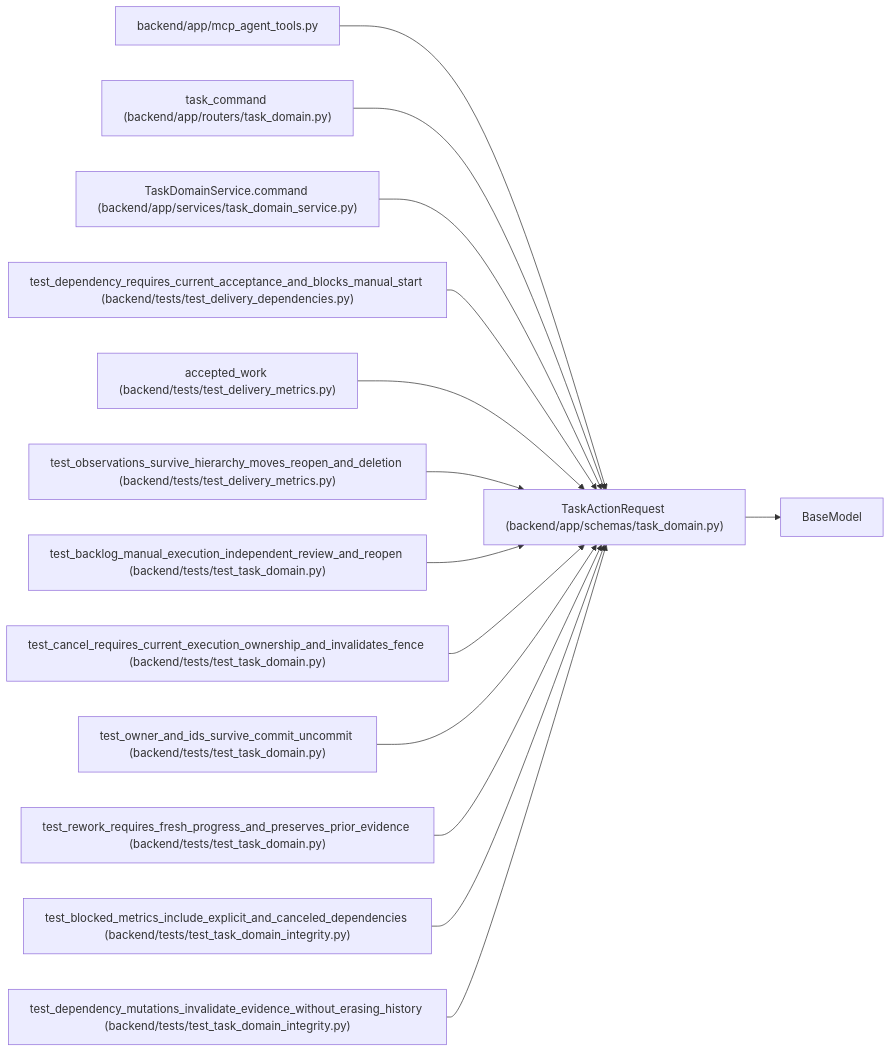
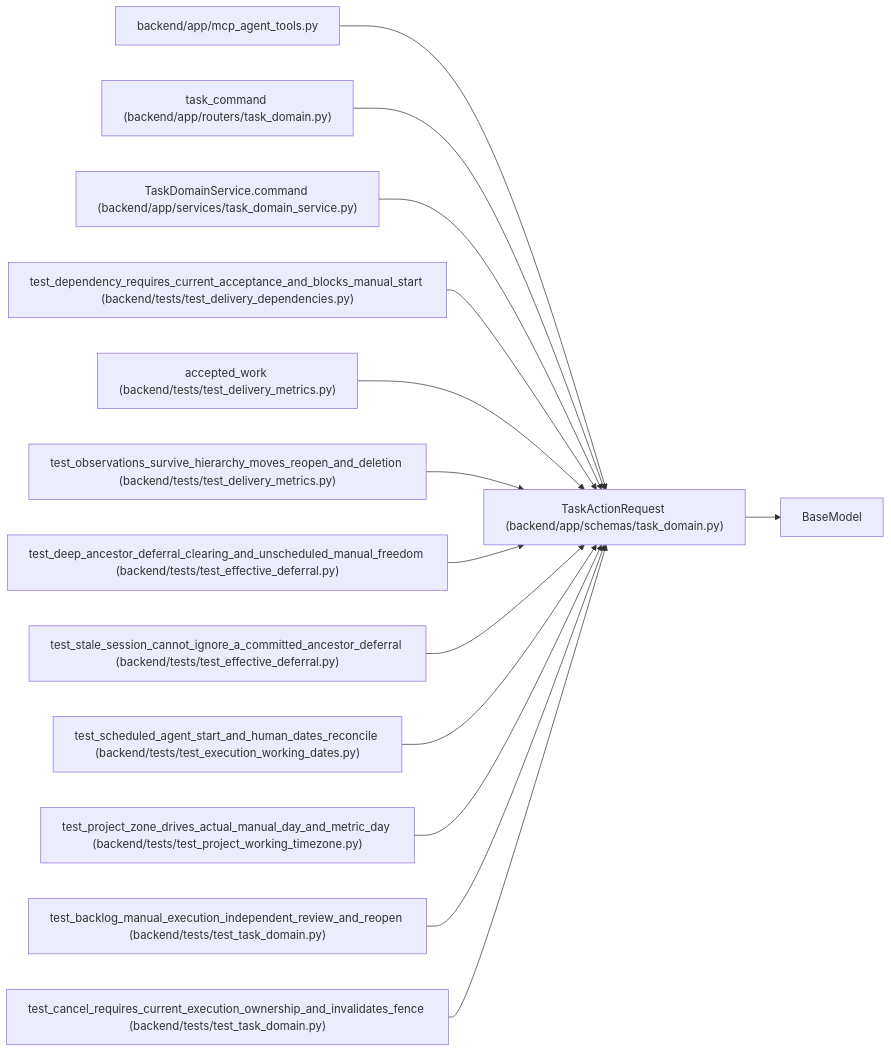
The diagram in docs/llm_wiki/entities/TaskActionRequest.md (Denissvgn/WorkChord), drawn with Mermaid before and after one commit. The commit also changed other lines of this file and 10148 other files, not shown here.

````diff
--- a/docs/llm_wiki/entities/TaskActionRequest.md
+++ b/docs/llm_wiki/entities/TaskActionRequest.md
@@ -46,43 +46,43 @@
 ```mermaid
 flowchart LR
     n0["TaskActionRequest (backend/app/schemas/task_domain.py)"]
     n1["BaseModel"]
     n2["backend/app/mcp_agent_tools.py"]
     n3["task_command (backend/app/routers/task_domain.py)"]
     n4["TaskDomainService.command (backend/app/services/task_domain_service.py)"]
     n5["test_dependency_requires_current_acceptance_and_blocks_manual_start (backend/tests/test_delivery_dependencies.py)"]
     n6["accepted_work (backend/tests/test_delivery_metrics.py)"]
     n7["test_observations_survive_hierarchy_moves_reopen_and_deletion (backend/tests/test_delivery_metrics.py)"]
-    n8["test_backlog_manual_execution_independent_review_and_reopen (backend/tests/test_task_domain.py)"]
-    n9["test_cancel_requires_current_execution_ownership_and_invalidates_fence (backend/tests/test_task_domain.py)"]
-    n10["test_owner_and_ids_survive_commit_uncommit (backend/tests/test_task_domain.py)"]
-    n11["test_rework_requires_fresh_progress_and_preserves_prior_evidence (backend/tests/test_task_domain.py)"]
-    n12["test_blocked_metrics_include_explicit_and_canceled_dependencies (backend/tests/test_task_domain_integrity.py)"]
-    n13["test_dependency_mutations_invalidate_evidence_without_erasing_history (backend/tests/test_task_domain_integrity.py)"]
+    n8["test_deep_ancestor_deferral_clearing_and_unscheduled_manual_freedom (backend/tests/test_effective_deferral.py)"]
+    n9["test_stale_session_cannot_ignore_a_committed_ancestor_deferral (backend/tests/test_effective_deferral.py)"]
+    n10["test_scheduled_agent_start_and_human_dates_reconcile (backend/tests/test_execution_working_dates.py)"]
+    n11["test_project_zone_drives_actual_manual_day_and_metric_day (backend/tests/test_project_working_timezone.py)"]
+    n12["test_backlog_manual_execution_independent_review_and_reopen (backend/tests/test_task_domain.py)"]
+    n13["test_cancel_requires_current_execution_ownership_and_invalidates_fence (backend/tests/test_task_domain.py)"]
     n0 --> n1
     n2 --> n0
     n3 --> n0
     n4 --> n0
     n5 --> n0
     n6 --> n0
     n7 --> n0
     n8 --> n0
     n9 --> n0
     n10 --> n0
     n11 --> n0
     n12 --> n0
     n13 --> n0
     click n0 "../modules/schemas_task_domain.md"
     click n2 "../modules/mcp_agent_tools.md"
     click n3 "../modules/routers_task_domain.md"
     click n4 "../modules/task_domain_service.md"
     click n5 "../modules/test_delivery_dependencies.md"
     click n6 "../modules/test_delivery_metrics.md"
     click n7 "../modules/test_delivery_metrics.md"
-    click n8 "../modules/test_task_domain.md"
-    click n9 "../modules/test_task_domain.md"
-    click n10 "../modules/test_task_domain.md"
-    click n11 "../modules/test_task_domain.md"
-    click n12 "../modules/test_task_domain_integrity.md"
-    click n13 "../modules/test_task_domain_integrity.md"
+    click n8 "../modules/test_effective_deferral.md"
+    click n9 "../modules/test_effective_deferral.md"
+    click n10 "../modules/test_execution_working_dates.md"
+    click n11 "../modules/test_project_working_timezone.md"
+    click n12 "../modules/test_task_domain.md"
+    click n13 "../modules/test_task_domain.md"
 ```
````
